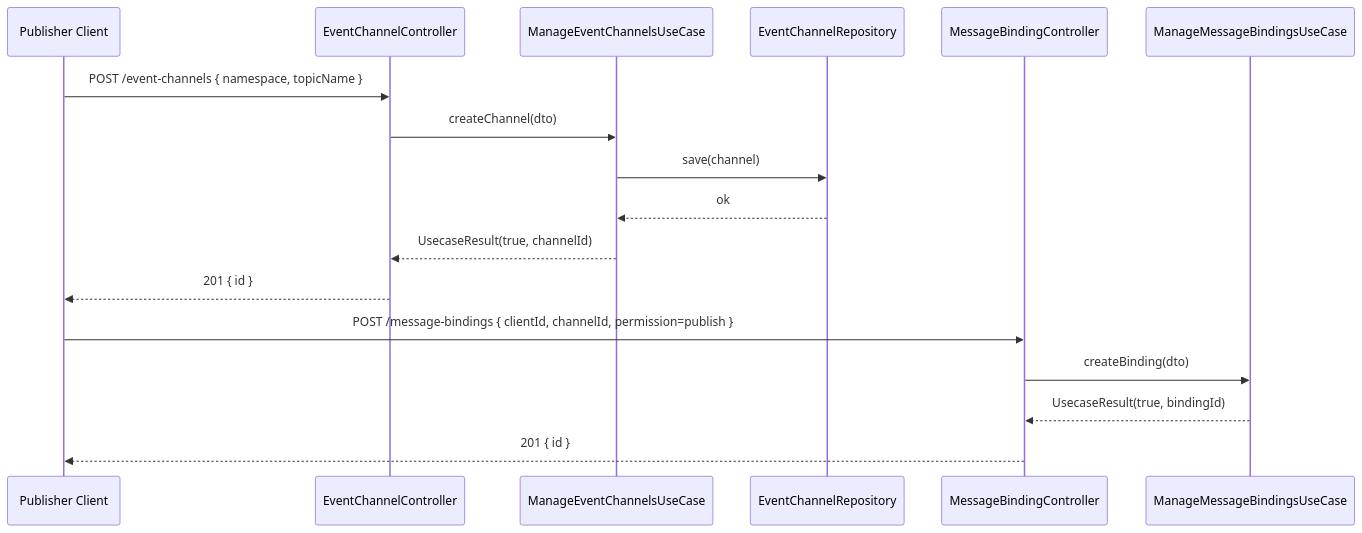
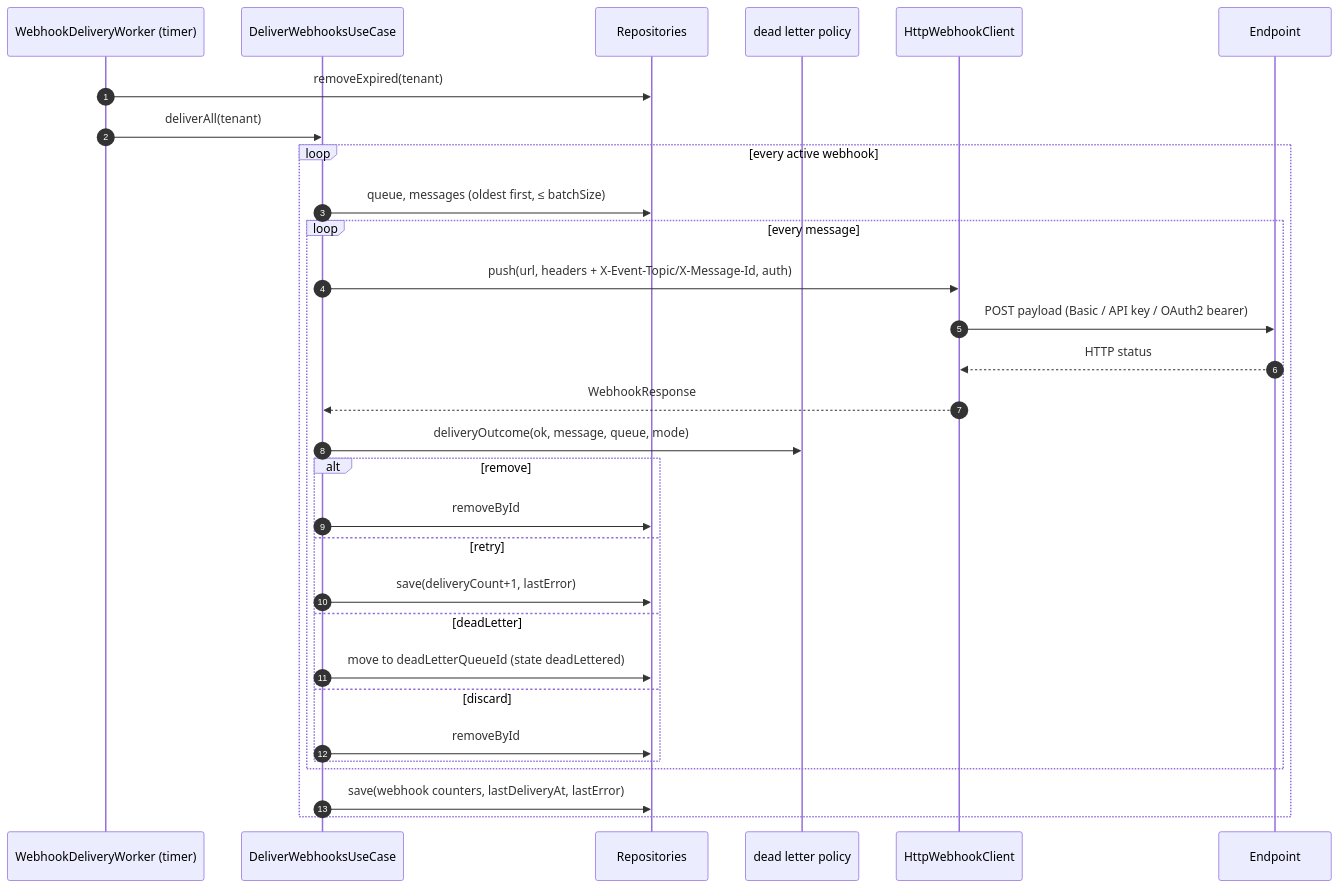
The eighth of 9 diagrams in events/UML.md (UIMSolutions/uim-platform), drawn with Mermaid before and after one commit. The commit also changed other lines of this file and 57 other files, not shown here.

````diff
--- a/events/UML.md
+++ b/events/UML.md
@@ -310,21 +396,33 @@
 ```mermaid
 sequenceDiagram
-    participant P as Publisher Client
-    participant EC as EventChannelController
-    participant ECUC as ManageEventChannelsUseCase
-    participant ECR as EventChannelRepository
-    participant MBC as MessageBindingController
-    participant MBUC as ManageMessageBindingsUseCase
+  autonumber
+  participant W as WebhookDeliveryWorker (timer)
+  participant DU as DeliverWebhooksUseCase
+  participant R as Repositories
+  participant P as dead letter policy
+  participant G as HttpWebhookClient
+  participant E as Endpoint
 
-    P->>EC: POST /event-channels { namespace, topicName }
-    EC->>ECUC: createChannel(dto)
-    ECUC->>ECR: save(channel)
-    ECR-->>ECUC: ok
-    ECUC-->>EC: UsecaseResult(true, channelId)
-    EC-->>P: 201 { id }
-
-    P->>MBC: POST /message-bindings { clientId, channelId, permission=publish }
-    MBC->>MBUC: createBinding(dto)
-    MBUC-->>MBC: UsecaseResult(true, bindingId)
-    MBC-->>P: 201 { id }
+  W->>R: removeExpired(tenant)
+  W->>DU: deliverAll(tenant)
+  loop every active webhook
+    DU->>R: queue, messages (oldest first, ≤ batchSize)
+    loop every message
+      DU->>G: push(url, headers + X-Event-Topic/X-Message-Id, auth)
+      G->>E: POST payload (Basic / API key / OAuth2 bearer)
+      E-->>G: HTTP status
+      G-->>DU: WebhookResponse
+      DU->>P: deliveryOutcome(ok, message, queue, mode)
+      alt remove
+        DU->>R: removeById
+      else retry
+        DU->>R: save(deliveryCount+1, lastError)
+      else deadLetter
+        DU->>R: move to deadLetterQueueId (state deadLettered)
+      else discard
+        DU->>R: removeById
+      end
+    end
+    DU->>R: save(webhook counters, lastDeliveryAt, lastError)
+  end
 ```
````
